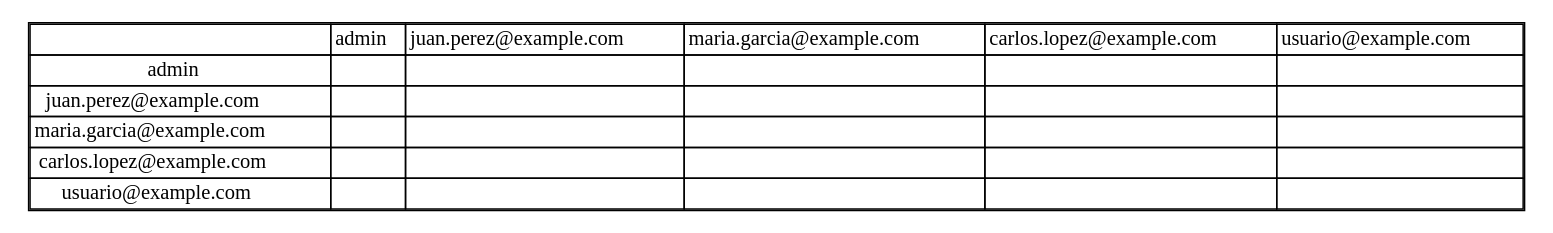
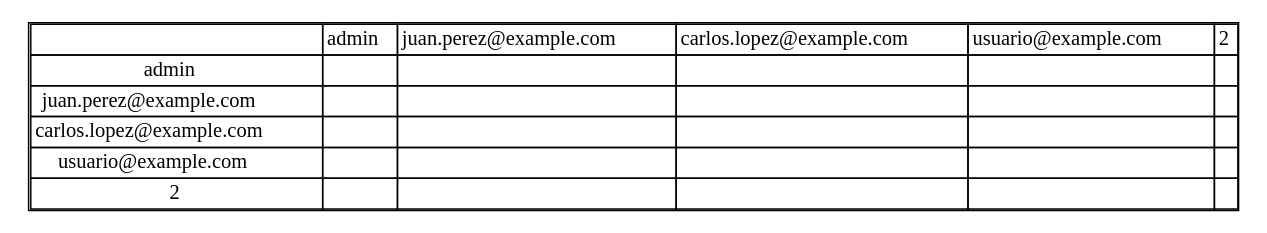
The diagram in Fase#1/cmake-build-debug/matriz_usuarios.dot (LightDemon12/-EDD-PROYECTOS_202100215), drawn with Graphviz before and after one commit. The commit also changed 39 other files, not shown here.

```diff
--- a/Fase#1/cmake-build-debug/matriz_usuarios.dot
+++ b/Fase#1/cmake-build-debug/matriz_usuarios.dot
@@ -1,12 +1,12 @@
 digraph G {
 node [shape=plaintext]
 a [label=<
 <table border='1' cellborder='1' cellspacing='0'>
-<tr><td></td><td>admin</td><td>juan.perez@example.com</td><td>maria.garcia@example.com</td><td>carlos.lopez@example.com</td><td>usuario@example.com</td></tr>
+<tr><td></td><td>admin</td><td>juan.perez@example.com</td><td>carlos.lopez@example.com</td><td>usuario@example.com</td><td>2</td></tr>
 <tr><td>admin</td><td></td><td></td><td></td><td></td><td></td></tr>
 <tr><td>juan.perez@example.com</td><td></td><td></td><td></td><td></td><td></td></tr>
-<tr><td>maria.garcia@example.com</td><td></td><td></td><td></td><td></td><td></td></tr>
 <tr><td>carlos.lopez@example.com</td><td></td><td></td><td></td><td></td><td></td></tr>
 <tr><td>usuario@example.com</td><td></td><td></td><td></td><td></td><td></td></tr>
+<tr><td>2</td><td></td><td></td><td></td><td></td><td></td></tr>
 </table>>];
 }
```
